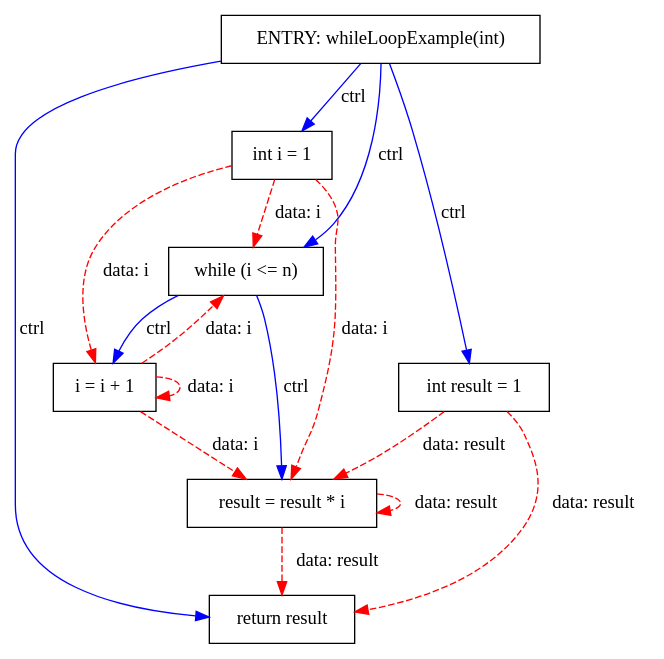
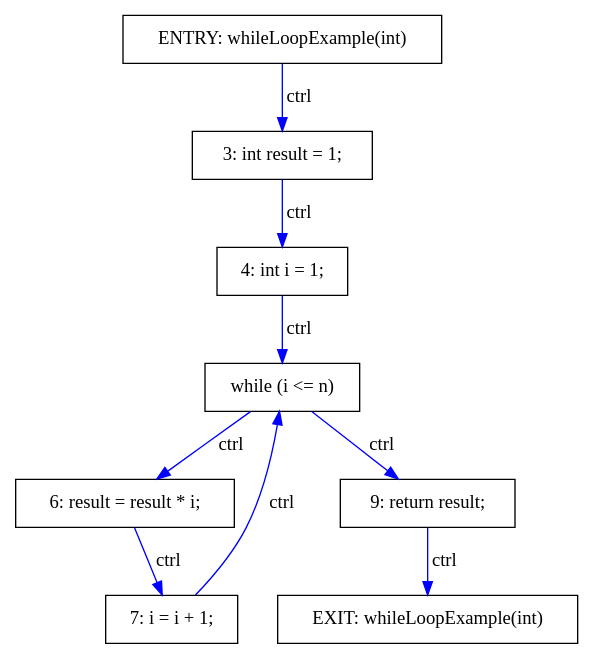
Before and after one commit to khaser/java-pdg: the diagram in results/WhileLoopExample.dot, drawn with Graphviz. The commit also changed 16 other files, not shown here.

```diff
--- a/results/WhileLoopExample.dot
+++ b/results/WhileLoopExample.dot
@@ -1,29 +1,22 @@
 digraph PDG {
   rankdir=TB;
   node [shape=box];
 
   node0 [label="ENTRY: whileLoopExample(int)"];
-  node1 [label="int result = 1"];
-  node2 [label="int i = 1"];
-  node3 [label="while (i <= n)"];
-  node4 [label="result = result * i"];
-  node5 [label="i = i + 1"];
-  node6 [label="return result"];
+  node1 [label="EXIT: whileLoopExample(int)"];
+  node2 [label="3: int result = 1;"];
+  node3 [label="4: int i = 1;"];
+  node4 [label="while (i <= n)"];
+  node5 [label="6: result = result * i;"];
+  node6 [label="7: i = i + 1;"];
+  node7 [label="9: return result;"];
 
-  node0 -> node1 [label="ctrl", color=blue];
+  node4 -> node5 [label="ctrl", color=blue];
   node0 -> node2 [label="ctrl", color=blue];
-  node0 -> node3 [label="ctrl", color=blue];
+  node2 -> node3 [label="ctrl", color=blue];
   node3 -> node4 [label="ctrl", color=blue];
-  node3 -> node5 [label="ctrl", color=blue];
-  node0 -> node6 [label="ctrl", color=blue];
-  node2 -> node3 [label="data: i", color=red, style=dashed];
-  node5 -> node3 [label="data: i", color=red, style=dashed];
-  node1 -> node4 [label="data: result", color=red, style=dashed];
-  node4 -> node4 [label="data: result", color=red, style=dashed];
-  node2 -> node4 [label="data: i", color=red, style=dashed];
-  node5 -> node4 [label="data: i", color=red, style=dashed];
-  node2 -> node5 [label="data: i", color=red, style=dashed];
-  node5 -> node5 [label="data: i", color=red, style=dashed];
-  node1 -> node6 [label="data: result", color=red, style=dashed];
-  node4 -> node6 [label="data: result", color=red, style=dashed];
+  node4 -> node7 [label="ctrl", color=blue];
+  node5 -> node6 [label="ctrl", color=blue];
+  node6 -> node4 [label="ctrl", color=blue];
+  node7 -> node1 [label="ctrl", color=blue];
 }
```
